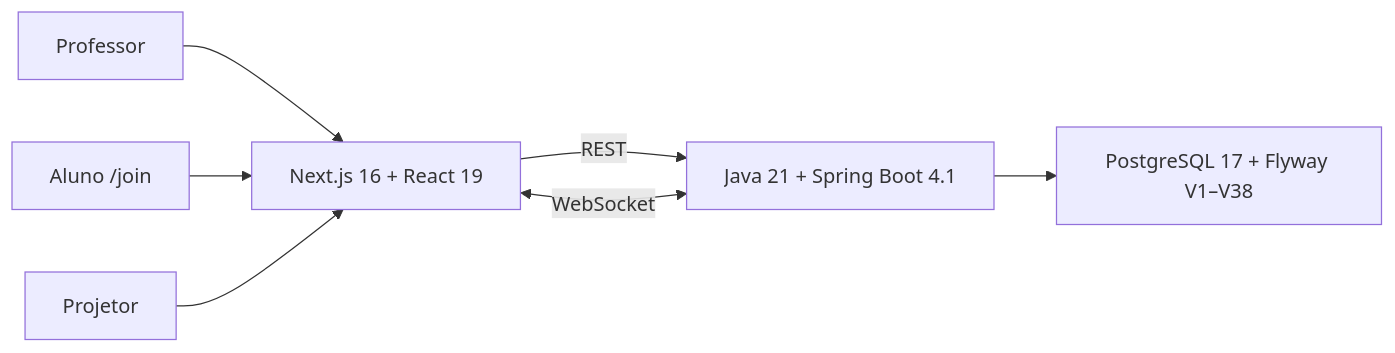
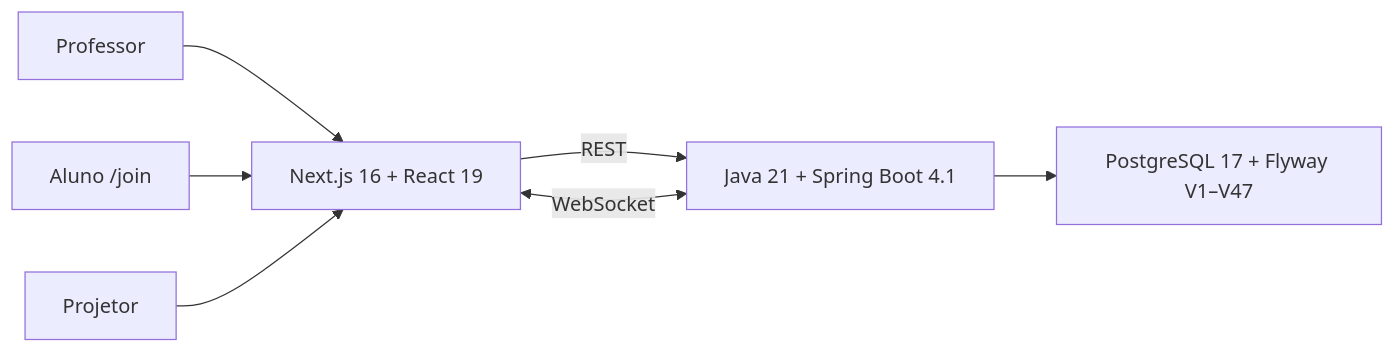
The diagram in README.md (wesscosta/arena-dev), drawn with Mermaid before and after one commit. The commit also changed other lines of this file and 8 other files, not shown here.

````diff
--- a/README.md
+++ b/README.md
@@ -114,9 +114,9 @@
 ```mermaid
 flowchart LR
     T["Professor"] --> F["Next.js 16 + React 19"]
     S["Aluno /join"] --> F
     P["Projetor"] --> F
     F -->|"REST"| B["Java 21 + Spring Boot 4.1"]
     F <-->|"WebSocket"| B
-    B --> D["PostgreSQL 17 + Flyway V1–V38"]
+    B --> D["PostgreSQL 17 + Flyway V1–V47"]
 ```
````
